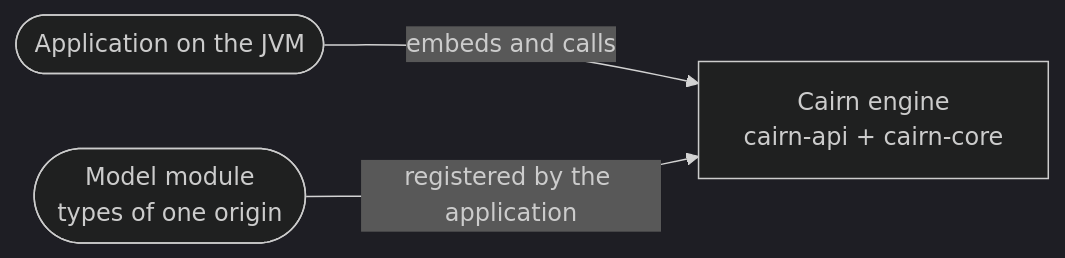
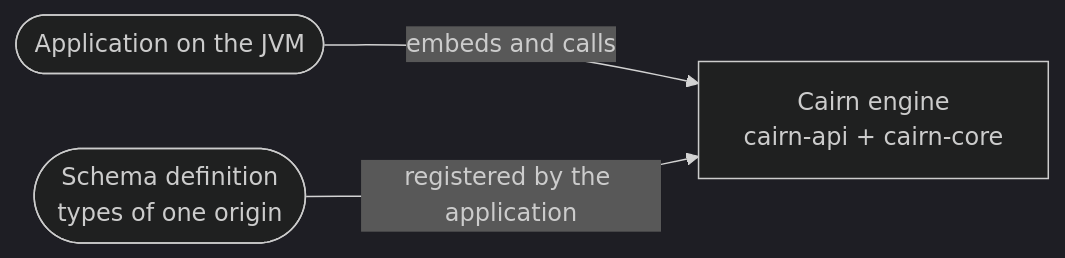
One commit to enricoag1982/Cairn changed the first of 2 diagrams in docs/architecture/README.md. Above: the diagram before and after it, drawn with Mermaid (dark theme). The commit also changed 13 other files, not shown here.

````diff
--- a/docs/architecture/README.md
+++ b/docs/architecture/README.md
@@ -33,5 +33,5 @@
 ```mermaid
 flowchart LR
     app([Application on the JVM]) -->|embeds and calls| cairn[Cairn engine<br/>cairn-api + cairn-core]
-    model([Model module<br/>types of one origin]) -->|registered by the application| cairn
+    model([Schema definition<br/>types of one origin]) -->|registered by the application| cairn
 ```
````
